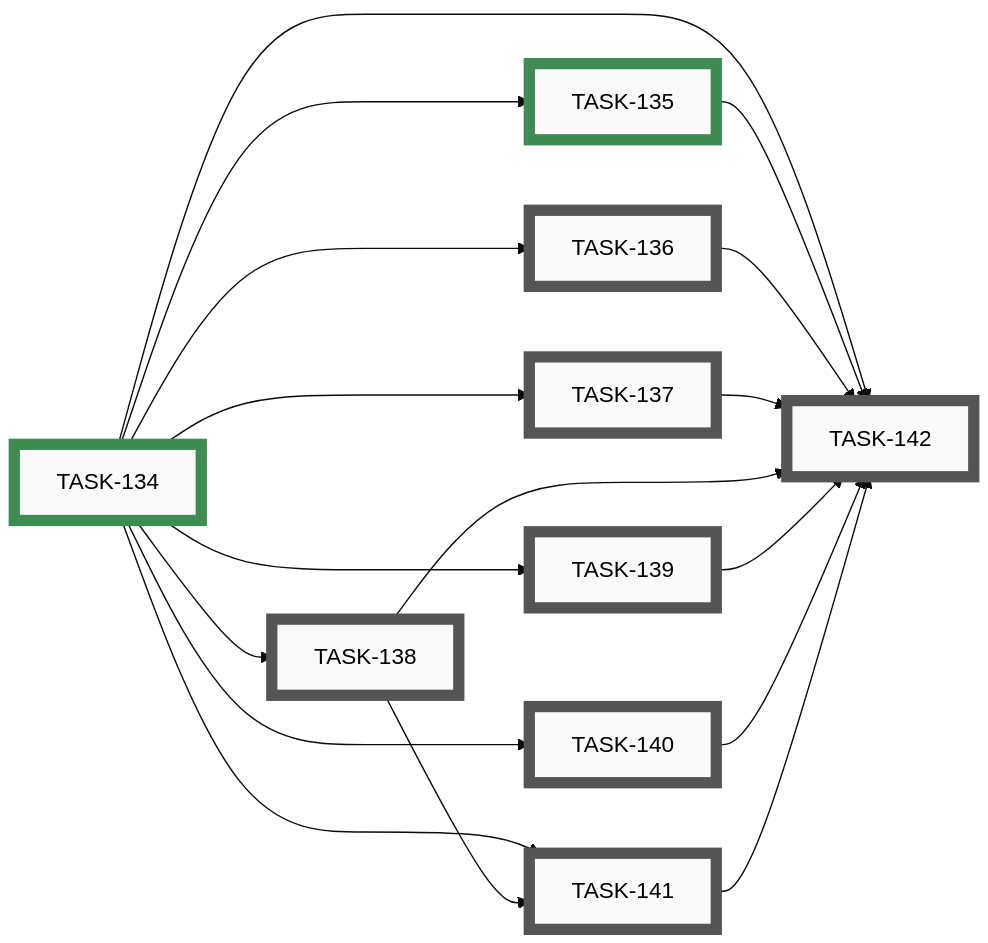
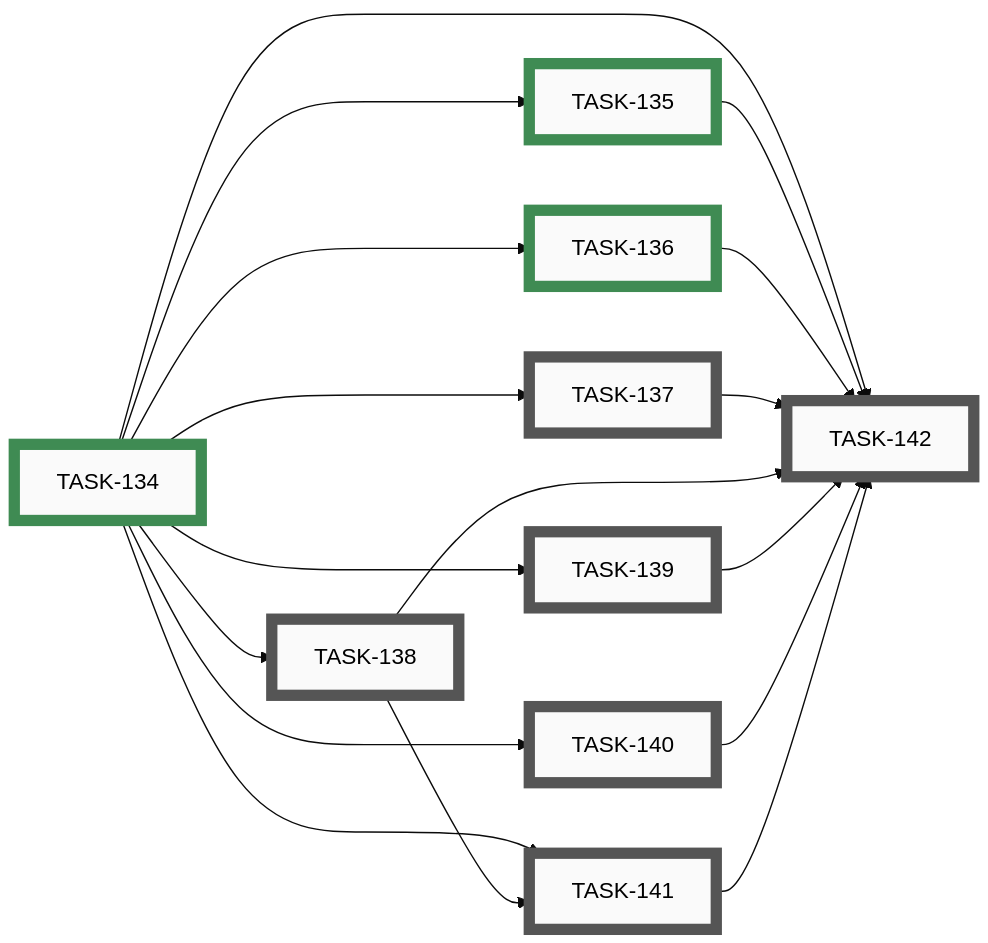
Diagram 15 of 16 in docs/developers/tasks/EPICS.md (tgd1975/CircuitSmith), drawn with Mermaid (base theme) before and after one commit. The commit also changed other lines of this file and 4 other files, not shown here.

````diff
--- a/docs/developers/tasks/EPICS.md
+++ b/docs/developers/tasks/EPICS.md
@@ -968,45 +968,45 @@
 ```mermaid
 graph LR
-    TASK_136["TASK-136"]:::open
     TASK_137["TASK-137"]:::open
     TASK_138["TASK-138"]:::open
     TASK_139["TASK-139"]:::open
     TASK_140["TASK-140"]:::open
     TASK_141["TASK-141"]:::open
     TASK_142["TASK-142"]:::open
     TASK_134["TASK-134"]:::closed
     TASK_135["TASK-135"]:::closed
-    TASK_134 --> TASK_136
+    TASK_136["TASK-136"]:::closed
     TASK_134 --> TASK_137
     TASK_134 --> TASK_138
     TASK_134 --> TASK_139
     TASK_134 --> TASK_140
     TASK_134 --> TASK_141
     TASK_138 --> TASK_141
     TASK_134 --> TASK_142
     TASK_135 --> TASK_142
     TASK_136 --> TASK_142
     TASK_137 --> TASK_142
     TASK_138 --> TASK_142
     TASK_139 --> TASK_142
     TASK_140 --> TASK_142
     TASK_141 --> TASK_142
     TASK_134 --> TASK_135
-    click TASK_136 "open/task-136-dossier-yaml-format-walk.md"
+    TASK_134 --> TASK_136
     click TASK_137 "open/task-137-dossier-layout-engine-walk.md"
     click TASK_138 "open/task-138-dossier-erc-engine-walk.md"
     click TASK_139 "open/task-139-dossier-exporters-walk.md"
     click TASK_140 "open/task-140-dossier-rule-catalog-walk.md"
     click TASK_141 "open/task-141-dossier-skill-packaging-walk.md"
     click TASK_142 "open/task-142-dossier-cross-repo-cleanup-and-close-out.md"
     click TASK_134 "closed/task-134-dossier-phase-plan-walk.md"
     click TASK_135 "closed/task-135-dossier-components-walk.md"
+    click TASK_136 "closed/task-136-dossier-yaml-format-walk.md"
     classDef open    fill:#FAFAFA,stroke:#555,stroke-width:8px,color:#000
     classDef active  fill:#FAFAFA,stroke:#1A6FA8,stroke-width:8px,color:#000
     classDef closed  fill:#FAFAFA,stroke:#3F8B53,stroke-width:8px,color:#000
     classDef paused  fill:#FAFAFA,stroke:#B07810,stroke-width:8px,color:#000
     classDef openExt    fill:#000,stroke:#888,stroke-width:8px,color:#FFF
     classDef activeExt  fill:#000,stroke:#3FA9F5,stroke-width:8px,color:#FFF
     classDef closedExt  fill:#000,stroke:#7CC68A,stroke-width:8px,color:#FFF
     classDef pausedExt  fill:#000,stroke:#F0B030,stroke-width:8px,color:#FFF
 ```
````
